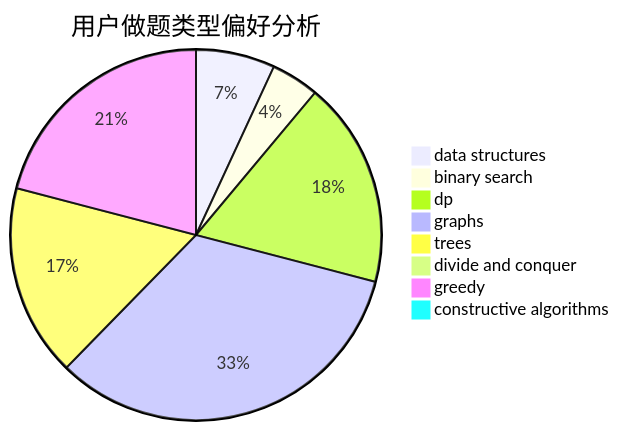
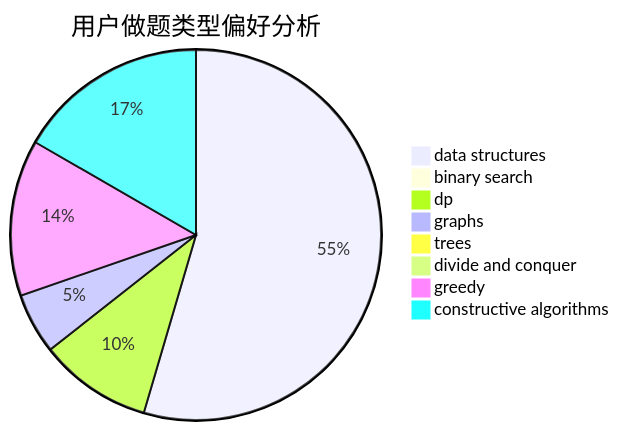
Before and after one commit to sherpahu/cfrs.github.io: the second of 3 diagrams in docs/user/u897.md, drawn with Mermaid. The commit also changed other lines of this file and 2770 other files, not shown here.

````diff
--- a/docs/user/u897.md
+++ b/docs/user/u897.md
@@ -23,11 +23,11 @@
 ```mermaid
 pie title 用户做题类型偏好分析
-    "data structures" :  28
-    "binary search" :  17
-    "dp" :  73
-    "graphs" :  135
-    "trees" :  68
+    "data structures" :  72
+    "binary search" :  0
+    "dp" :  13
+    "graphs" :  7
+    "trees" :  0
     "divide and conquer" :  0
-    "greedy" :  85
-    "constructive algorithms" :  0
+    "greedy" :  18
+    "constructive algorithms" :  22
 ```
````
